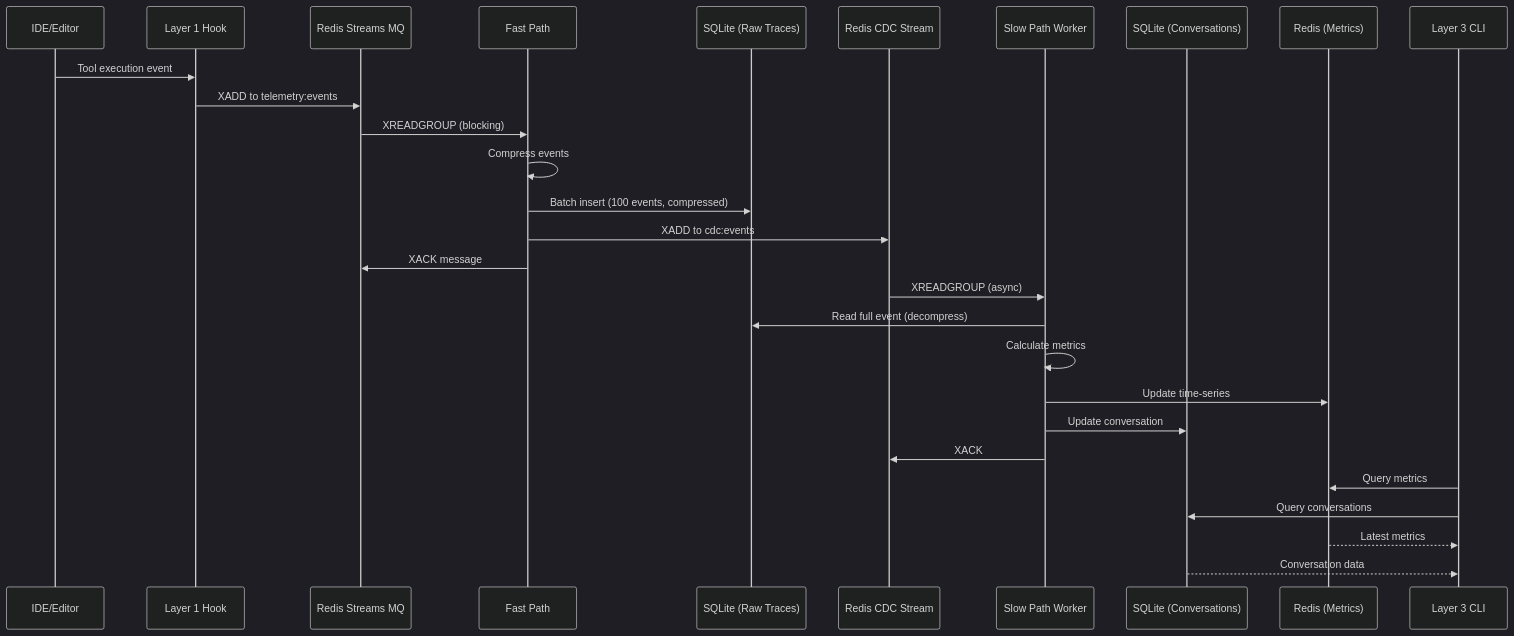
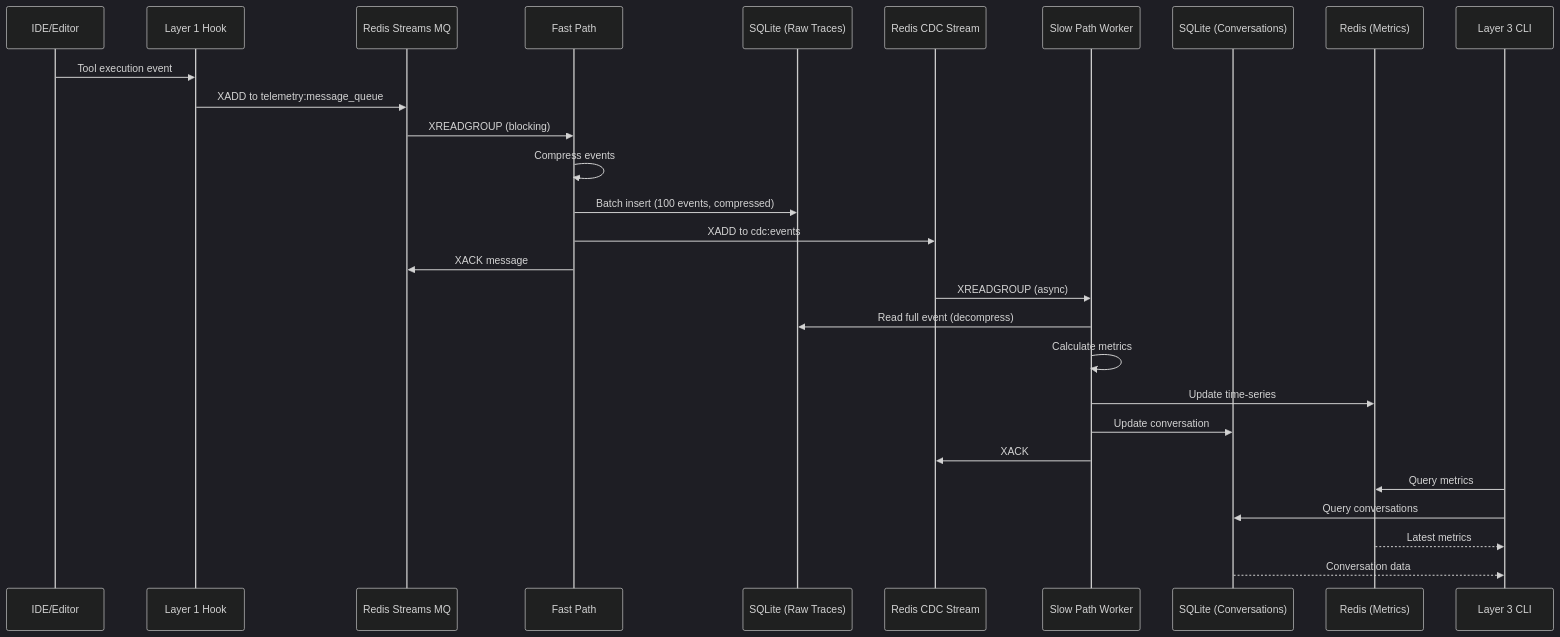
The third of 3 diagrams in docs/ARCHITECTURE.md (blueplane-ai/bp-telemetry-core), drawn with Mermaid (dark theme) before and after one commit. The commit also changed other lines of this file and 30 other files, not shown here.

First line of the commit message:
docs: Update all telemetry:events references to telemetry:message_queue

````diff
--- a/docs/ARCHITECTURE.md
+++ b/docs/ARCHITECTURE.md
@@ -310,33 +310,33 @@
 ```mermaid
 sequenceDiagram
     participant IDE as IDE/Editor
     participant Hook as Layer 1 Hook
     participant MQ as Redis Streams MQ
     participant Fast as Fast Path
     participant SQLite as SQLite (Raw Traces)
     participant CDC as Redis CDC Stream
     participant Slow as Slow Path Worker
     participant Conv as SQLite (Conversations)
     participant Metrics as Redis (Metrics)
     participant CLI as Layer 3 CLI
 
     IDE->>Hook: Tool execution event
-    Hook->>MQ: XADD to telemetry:events
+    Hook->>MQ: XADD to telemetry:message_queue
     MQ->>Fast: XREADGROUP (blocking)
     Fast->>Fast: Compress events
     Fast->>SQLite: Batch insert (100 events, compressed)
     Fast->>CDC: XADD to cdc:events
     Fast->>MQ: XACK message
 
     CDC->>Slow: XREADGROUP (async)
     Slow->>SQLite: Read full event (decompress)
     Slow->>Slow: Calculate metrics
     Slow->>Metrics: Update time-series
     Slow->>Conv: Update conversation
     Slow->>CDC: XACK
 
     CLI->>Metrics: Query metrics
     CLI->>Conv: Query conversations
     Metrics-->>CLI: Latest metrics
     Conv-->>CLI: Conversation data
 ```
````
